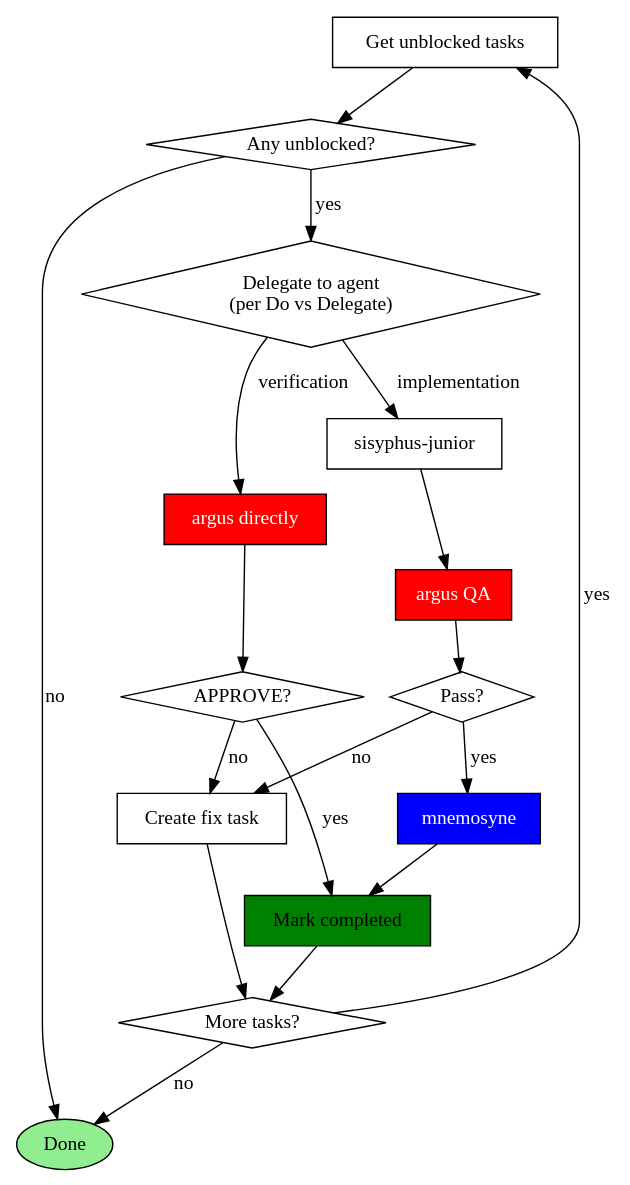
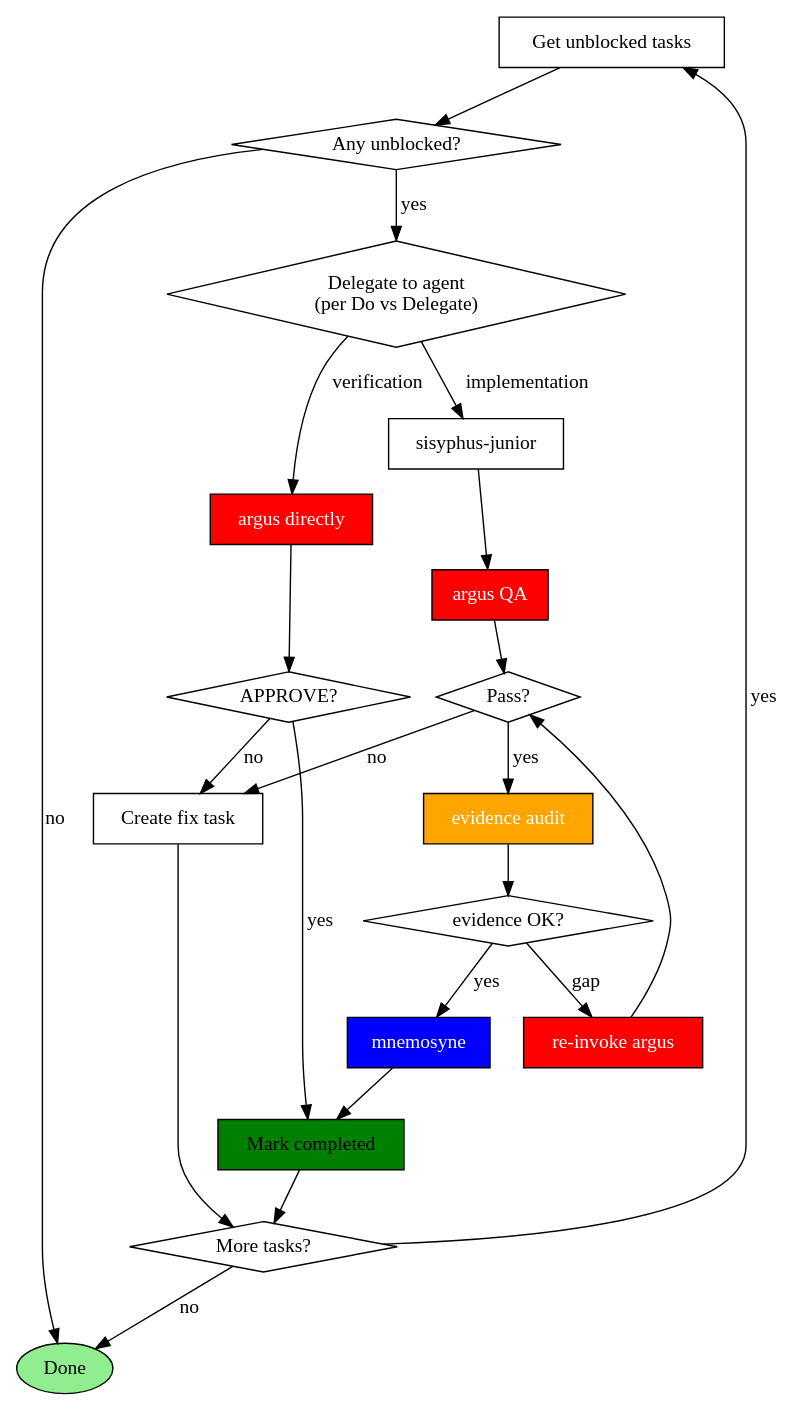
Before and after one commit to toongri/oh-my-toong-playground: the third of 4 diagrams in skills/sisyphus/SKILL.md, drawn with Graphviz. The commit also changed other lines of this file and 1 other file, not shown here.

Commit message:
fix: Evidence Audit Gate manifest 및 scope check 보정

````diff
--- a/skills/sisyphus/SKILL.md
+++ b/skills/sisyphus/SKILL.md
@@ -364,36 +364,43 @@
 ```dot
 digraph task_loop {
     rankdir=TB;
     "Get unblocked tasks" [shape=box];
     "Any unblocked?" [shape=diamond];
     "Delegate to agent\n(per Do vs Delegate)" [shape=diamond];
     "sisyphus-junior" [shape=box];
     "argus directly" [shape=box, style=filled, fillcolor=red, fontcolor=white];
     "argus QA" [shape=box, style=filled, fillcolor=red, fontcolor=white];
     "Pass?" [shape=diamond];
     "APPROVE?" [shape=diamond];
     "mnemosyne" [shape=box, style=filled, fillcolor=blue, fontcolor=white];
     "Mark completed" [shape=box, style=filled, fillcolor=green];
     "Create fix task" [shape=box];
     "More tasks?" [shape=diamond];
     "Done" [shape=ellipse, style=filled, fillcolor=lightgreen];
 
     "Get unblocked tasks" -> "Any unblocked?";
     "Any unblocked?" -> "Delegate to agent\n(per Do vs Delegate)" [label="yes"];
     "Any unblocked?" -> "Done" [label="no"];
     "Delegate to agent\n(per Do vs Delegate)" -> "sisyphus-junior" [label="implementation"];
     "Delegate to agent\n(per Do vs Delegate)" -> "argus directly" [label="verification"];
     "sisyphus-junior" -> "argus QA";
     "argus QA" -> "Pass?";
-    "Pass?" -> "mnemosyne" [label="yes"];
+    "evidence audit" [shape=box, style=filled, fillcolor=orange, fontcolor=white];
+    "evidence OK?" [shape=diamond];
+    "Pass?" -> "evidence audit" [label="yes"];
+    "evidence audit" -> "evidence OK?";
+    "evidence OK?" -> "mnemosyne" [label="yes"];
+    "evidence OK?" -> "re-invoke argus" [label="gap"];
+    "re-invoke argus" [shape=box, style=filled, fillcolor=red, fontcolor=white];
+    "re-invoke argus" -> "Pass?";
     "Pass?" -> "Create fix task" [label="no"];
     "mnemosyne" -> "Mark completed";
     "argus directly" -> "APPROVE?";
     "APPROVE?" -> "Mark completed" [label="yes"];
     "APPROVE?" -> "Create fix task" [label="no"];
     "Mark completed" -> "More tasks?";
     "Create fix task" -> "More tasks?";
     "More tasks?" -> "Get unblocked tasks" [label="yes"];
     "More tasks?" -> "Done" [label="no"];
 }
 ```
````
